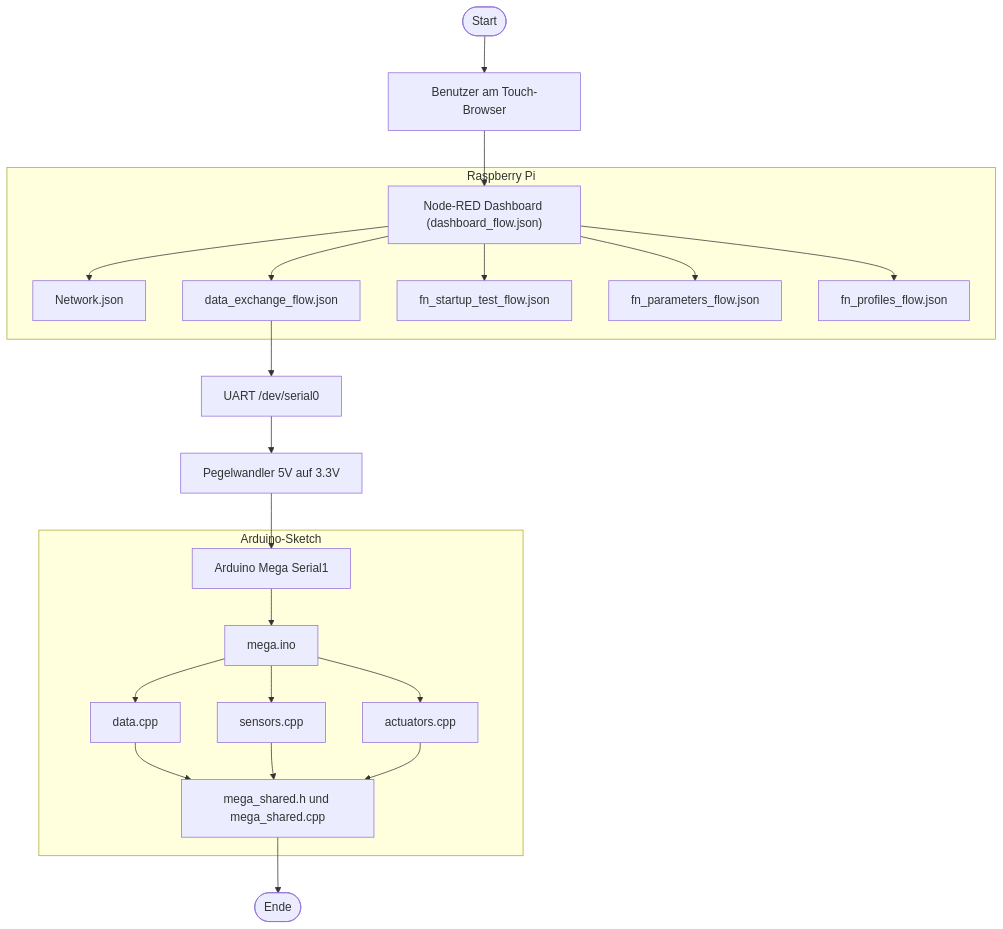
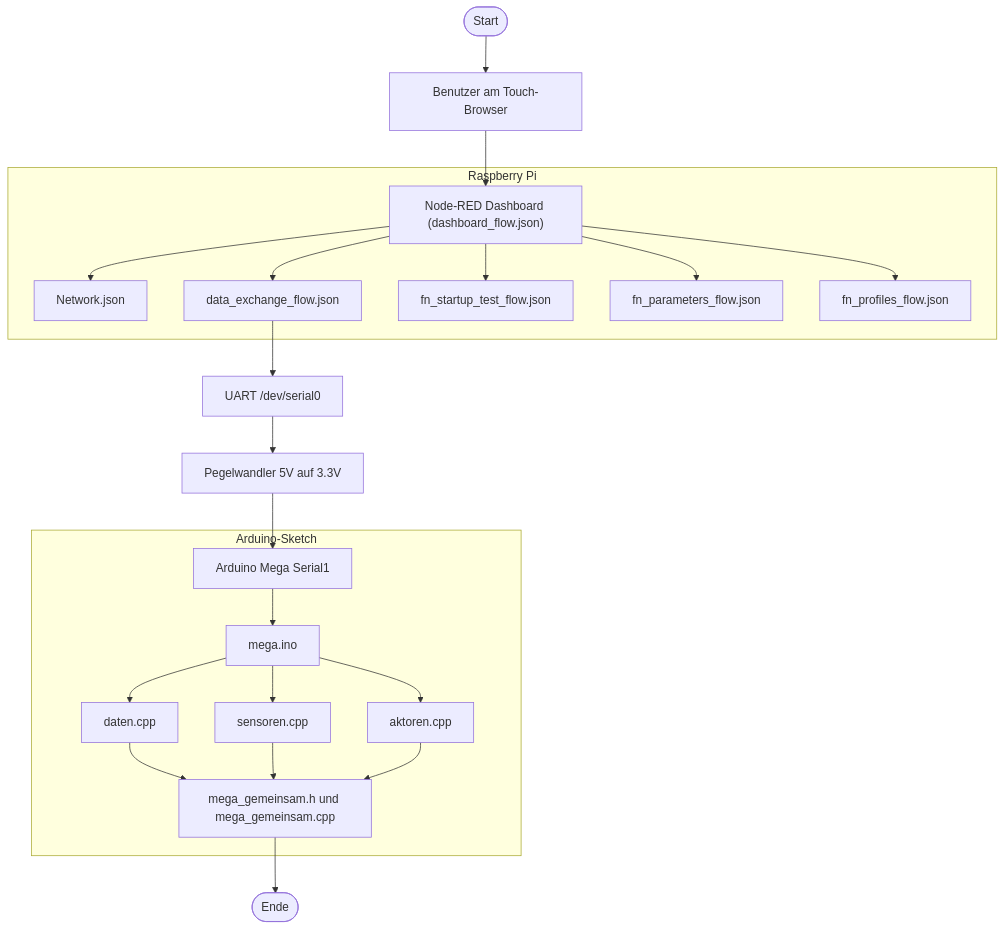
The first of 13 diagrams in nodered/flows/FLOW_ARCHITEKTUR_PLAN.md (HerrnDK/Projekt), drawn with Mermaid before and after one commit. The commit also changed 7 other files, not shown here.

````diff
--- a/nodered/flows/FLOW_ARCHITEKTUR_PLAN.md
+++ b/nodered/flows/FLOW_ARCHITEKTUR_PLAN.md
@@ -8,29 +8,29 @@
 ```mermaid
 flowchart TD
   S([Start]) --> Benutzer["Benutzer am Touch-Browser"]
   Benutzer --> Dashboard["Node-RED Dashboard (dashboard_flow.json)"]
 
   subgraph RPi["Raspberry Pi"]
     Dashboard --> NetFlow["Network.json"]
     Dashboard --> DataFlow["data_exchange_flow.json"]
     Dashboard --> StartupFlow["fn_startup_test_flow.json"]
     Dashboard --> ParamFlow["fn_parameters_flow.json"]
     Dashboard --> ProfileFlow["fn_profiles_flow.json"]
   end
 
   DataFlow --> SerialPort["UART /dev/serial0"]
   SerialPort --> Pegel["Pegelwandler 5V auf 3.3V"]
   Pegel --> Mega["Arduino Mega Serial1"]
 
   subgraph Arduino["Arduino-Sketch"]
     Mega --> MainCpp["mega.ino"]
-    MainCpp --> DataCpp["data.cpp"]
-    MainCpp --> SensorsCpp["sensors.cpp"]
-    MainCpp --> ActCpp["actuators.cpp"]
-    DataCpp --> Shared["mega_shared.h und mega_shared.cpp"]
+    MainCpp --> DataCpp["daten.cpp"]
+    MainCpp --> SensorsCpp["sensoren.cpp"]
+    MainCpp --> ActCpp["aktoren.cpp"]
+    DataCpp --> Shared["mega_gemeinsam.h und mega_gemeinsam.cpp"]
     SensorsCpp --> Shared
     ActCpp --> Shared
   end
 
   Shared --> E([Ende])
 ```
````
